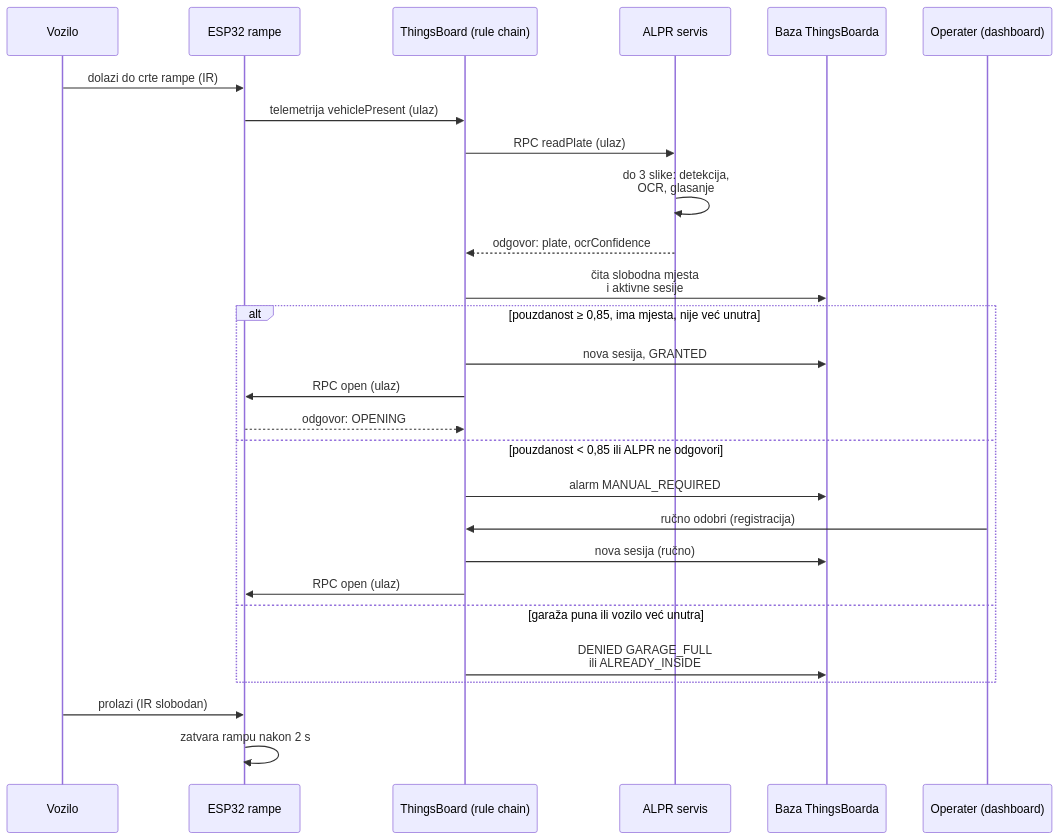
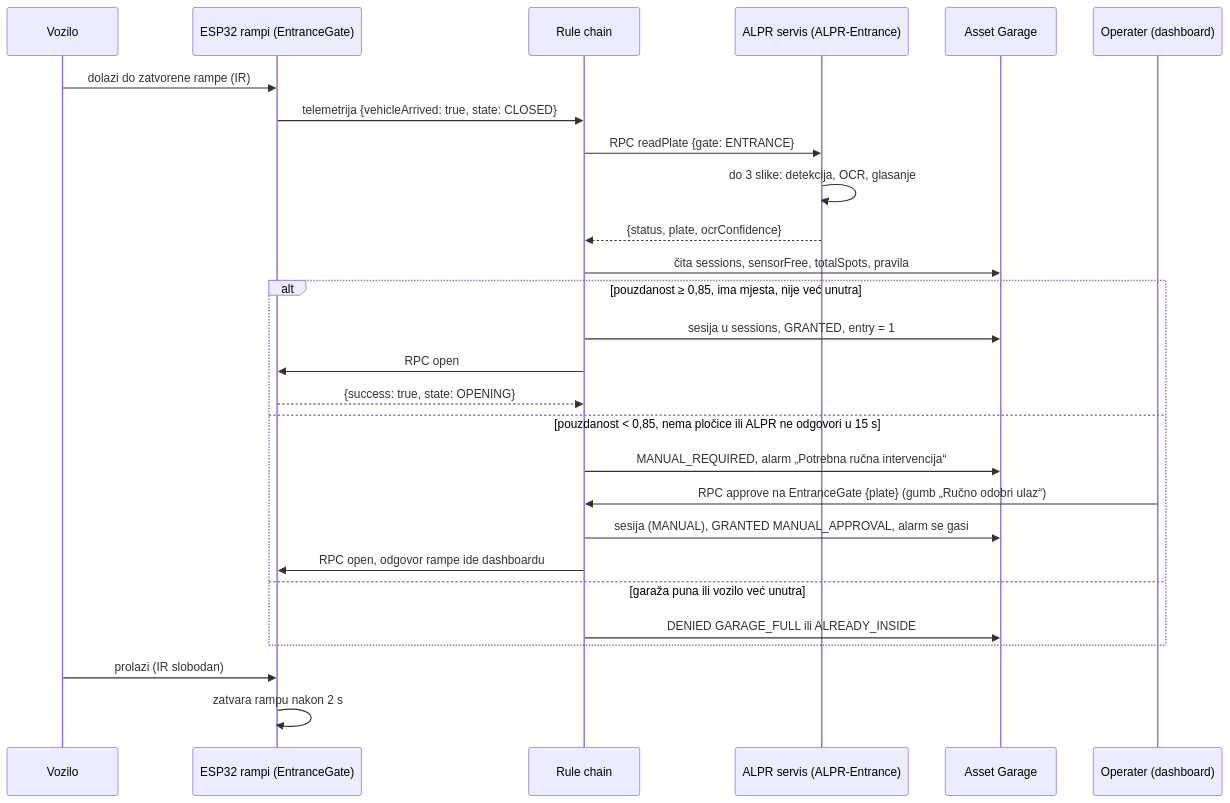
Before and after one commit to iampaviic/IoTGarage: the eighth of 9 diagrams in PROJEKT/sustav/varijanta-b.md, drawn with Mermaid. The commit also changed other lines of this file and 37 other files, not shown here.

First line of the commit message:
Docs: switch the project to varijanta B; sensor node sequence diagrams

````diff
--- a/PROJEKT/sustav/varijanta-b.md
+++ b/PROJEKT/sustav/varijanta-b.md
@@ -80,29 +258,29 @@
 ```mermaid
 sequenceDiagram
   participant V as Vozilo
-  participant R as ESP32 rampe
-  participant TB as ThingsBoard (rule chain)
-  participant A as ALPR servis
-  participant DB as Baza ThingsBoarda
+  participant R as ESP32 rampi (EntranceGate)
+  participant RC as Rule chain
+  participant A as ALPR servis (ALPR-Entrance)
+  participant G as Asset Garage
   participant O as Operater (dashboard)
-  V->>R: dolazi do crte rampe (IR)
-  R->>TB: telemetrija vehiclePresent (ulaz)
-  TB->>A: RPC readPlate (ulaz)
-  A->>A: do 3 slike: detekcija,<br/>OCR, glasanje
-  A-->>TB: odgovor: plate, ocrConfidence
-  TB->>DB: čita slobodna mjesta<br/>i aktivne sesije
+  V->>R: dolazi do zatvorene rampe (IR)
+  R->>RC: telemetrija {vehicleArrived: true, state: CLOSED}
+  RC->>A: RPC readPlate {gate: ENTRANCE}
+  A->>A: do 3 slike: detekcija, OCR, glasanje
+  A-->>RC: {status, plate, ocrConfidence}
+  RC->>G: čita sessions, sensorFree, totalSpots, pravila
   alt pouzdanost ≥ 0,85, ima mjesta, nije već unutra
-    TB->>DB: nova sesija, GRANTED
-    TB->>R: RPC open (ulaz)
-    R-->>TB: odgovor: OPENING
-  else pouzdanost < 0,85 ili ALPR ne odgovori
-    TB->>DB: alarm MANUAL_REQUIRED
-    O->>TB: ručno odobri (registracija)
-    TB->>DB: nova sesija (ručno)
-    TB->>R: RPC open (ulaz)
+    RC->>G: sesija u sessions, GRANTED, entry = 1
+    RC->>R: RPC open
+    R-->>RC: {success: true, state: OPENING}
+  else pouzdanost < 0,85, nema pločice ili ALPR ne odgovori u 15 s
+    RC->>G: MANUAL_REQUIRED, alarm „Potrebna ručna intervencija“
+    O->>RC: RPC approve na EntranceGate {plate} (gumb „Ručno odobri ulaz“)
+    RC->>G: sesija (MANUAL), GRANTED MANUAL_APPROVAL, alarm se gasi
+    RC->>R: RPC open, odgovor rampe ide dashboardu
   else garaža puna ili vozilo već unutra
-    TB->>DB: DENIED GARAGE_FULL<br/>ili ALREADY_INSIDE
+    RC->>G: DENIED GARAGE_FULL ili ALREADY_INSIDE
   end
   V->>R: prolazi (IR slobodan)
   R->>R: zatvara rampu nakon 2 s
 ```
````
